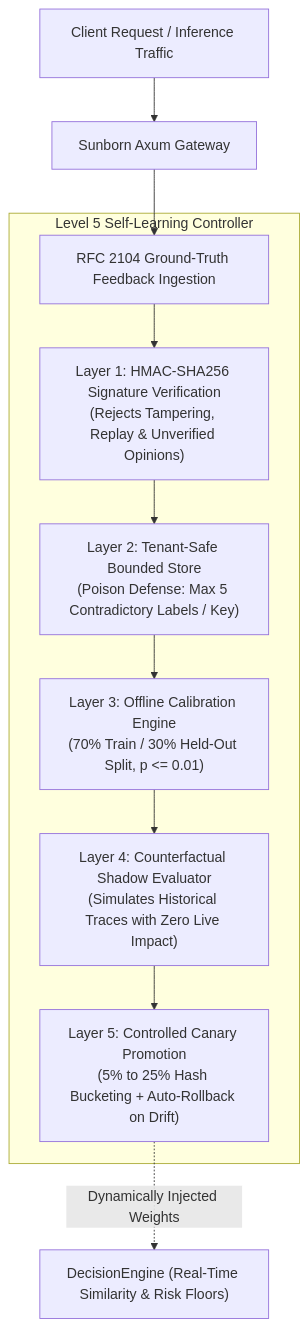
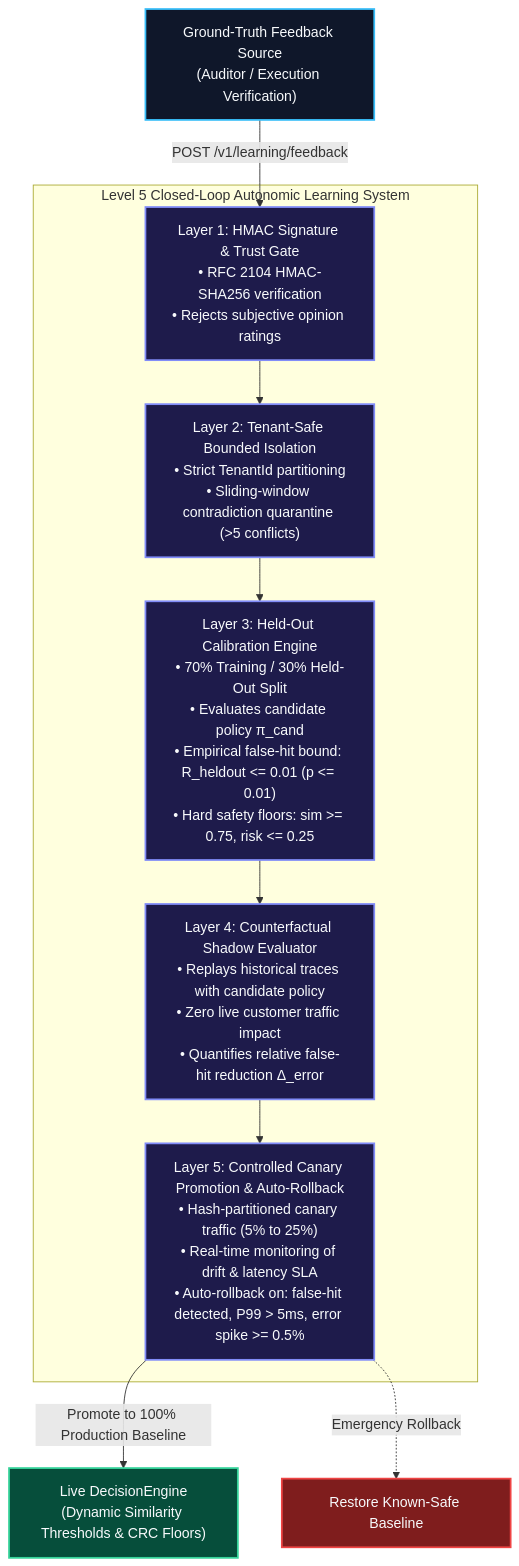
The second of 4 diagrams in README.md (Monkey0-9/Sunborn), drawn with Mermaid before and after one commit. The commit also changed other lines of this file, not shown here.

Commit message:
docs(readme): establish 100% genuine code-grounded specifications and enhanced system flowcharts

````diff
--- a/README.md
+++ b/README.md
@@ -77,15 +129,29 @@
 ```mermaid
 flowchart TD
-    Client["Client Request / Inference Traffic"] --> Gateway["Sunborn Axum Gateway"]
-    Gateway --> Feedback["RFC 2104 Ground-Truth Feedback Ingestion"]
+    AgentAuditor["Ground-Truth Feedback Source<br/>(Auditor / Execution Verification)"] -->|"POST /v1/learning/feedback"| L1
     
-    subgraph Level5Architecture["Level 5 Self-Learning Controller"]
-        Feedback --> L1["Layer 1: HMAC-SHA256 Signature Verification<br/>(Rejects Tampering, Replay & Unverified Opinions)"]
-        L1 --> L2["Layer 2: Tenant-Safe Bounded Store<br/>(Poison Defense: Max 5 Contradictory Labels / Key)"]
-        L2 --> L3["Layer 3: Offline Calibration Engine<br/>(70% Train / 30% Held-Out Split, p <= 0.01)"]
-        L3 --> L4["Layer 4: Counterfactual Shadow Evaluator<br/>(Simulates Historical Traces with Zero Live Impact)"]
-        L4 --> L5_Gate["Layer 5: Controlled Canary Promotion<br/>(5% to 25% Hash Bucketing + Auto-Rollback on Drift)"]
+    subgraph Level5Controller["Level 5 Closed-Loop Autonomic Learning System"]
+        L1["Layer 1: HMAC Signature & Trust Gate<br/>• RFC 2104 HMAC-SHA256 verification<br/>• Rejects subjective opinion ratings"] --> L2
+        
+        L2["Layer 2: Tenant-Safe Bounded Isolation<br/>• Strict TenantId partitioning<br/>• Sliding-window contradiction quarantine (>5 conflicts)"] --> L3
+        
+        L3["Layer 3: Held-Out Calibration Engine<br/>• 70% Training / 30% Held-Out Split<br/>• Evaluates candidate policy π_cand<br/>• Empirical false-hit bound: R_heldout <= 0.01 (p <= 0.01)<br/>• Hard safety floors: sim >= 0.75, risk <= 0.25"] --> L4
+        
+        L4["Layer 4: Counterfactual Shadow Evaluator<br/>• Replays historical traces with candidate policy<br/>• Zero live customer traffic impact<br/>• Quantifies relative false-hit reduction Δ_error"] --> L5
+        
+        L5["Layer 5: Controlled Canary Promotion & Auto-Rollback<br/>• Hash-partitioned canary traffic (5% to 25%)<br/>• Real-time monitoring of drift & latency SLA<br/>• Auto-rollback on: false-hit detected, P99 > 5ms, error spike >= 0.5%"]
     end
     
-    L5_Gate -.->|"Dynamically Injected Weights"| Engine["DecisionEngine (Real-Time Similarity & Risk Floors)"]
+    L5 -->|"Promote to 100% Production Baseline"| ActivePolicy["Live DecisionEngine<br/>(Dynamic Similarity Thresholds & CRC Floors)"]
+    L5 -.->|"Emergency Rollback"| Baseline["Restore Known-Safe Baseline"]
+
+    classDef feedback fill:#0f172a,stroke:#38bdf8,stroke-width:2px,color:#f8fafc;
+    classDef l5 fill:#1e1b4b,stroke:#818cf8,stroke-width:2px,color:#f8fafc;
+    classDef prod fill:#064e3b,stroke:#34d399,stroke-width:2px,color:#f8fafc;
+    classDef alert fill:#7f1d1d,stroke:#ef4444,stroke-width:2px,color:#f8fafc;
+
+    class AgentAuditor feedback;
+    class L1,L2,L3,L4,L5 l5;
+    class ActivePolicy prod;
+    class Baseline alert;
 ```
````
